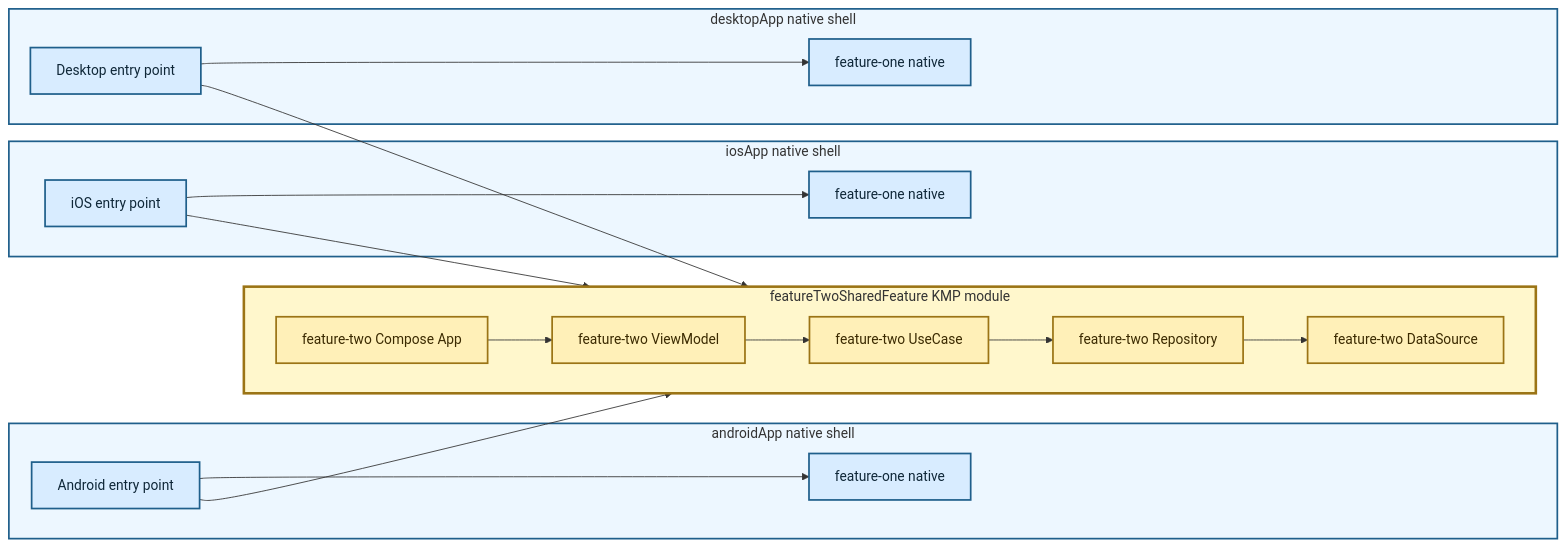
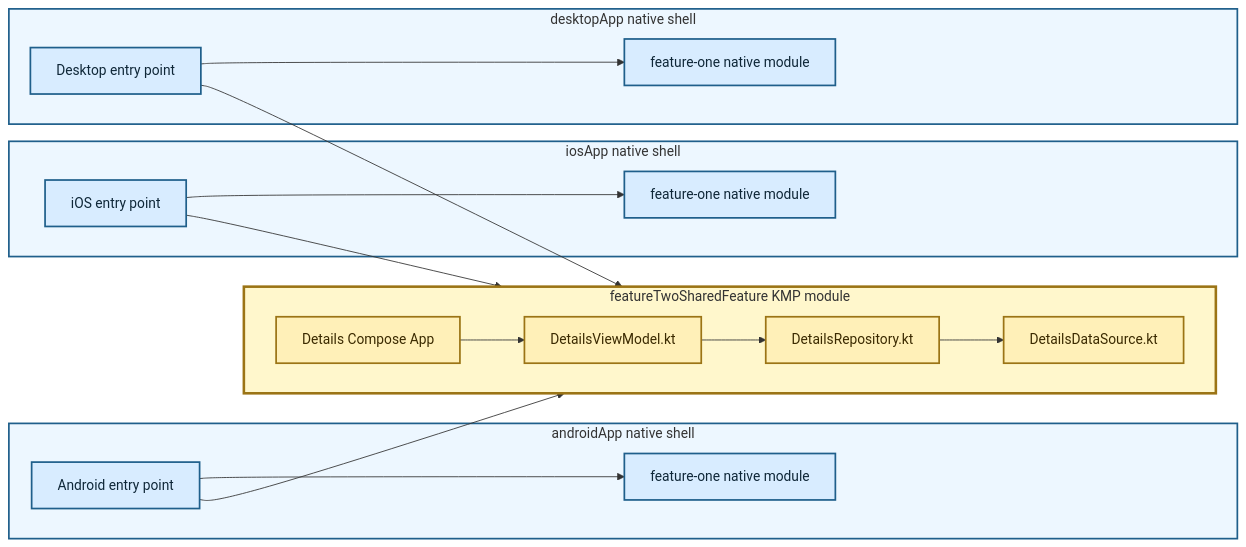
Before and after one commit to TheSetox/kmp-sample-diagrams: the diagram in diagrams/14-modular-kmp-shared-feature.md, drawn with Mermaid. The commit also changed other lines of this file and 28 other files, not shown here.

Commit message:
docs: reassess diagram layer boundaries

````diff
--- a/diagrams/14-modular-kmp-shared-feature.md
+++ b/diagrams/14-modular-kmp-shared-feature.md
@@ -5,43 +5,42 @@
 ```mermaid
 flowchart LR
   subgraph Android["androidApp native shell"]
     AEntry["Android entry point"]
-    AFeatureOne["feature-one native"]
+    AFeatureOne["feature-one native module"]
     AEntry --> AFeatureOne
   end
 
   subgraph IOS["iosApp native shell"]
     IEntry["iOS entry point"]
-    IFeatureOne["feature-one native"]
+    IFeatureOne["feature-one native module"]
     IEntry --> IFeatureOne
   end
 
   subgraph Desktop["desktopApp native shell"]
     DEntry["Desktop entry point"]
-    DFeatureOne["feature-one native"]
+    DFeatureOne["feature-one native module"]
     DEntry --> DFeatureOne
   end
 
   subgraph KMP["featureTwoSharedFeature KMP module"]
     direction LR
-    App["feature-two Compose App"]
-    VM["feature-two ViewModel"]
-    UseCase["feature-two UseCase"]
-    Repository["feature-two Repository"]
-    DataSource["feature-two DataSource"]
-    App --> VM --> UseCase --> Repository --> DataSource
+    App["Details Compose App"]
+    VM["DetailsViewModel.kt"]
+    Repository["DetailsRepository.kt"]
+    DataSource["DetailsDataSource.kt"]
+    App --> VM --> Repository --> DataSource
   end
 
   AEntry --> App
   IEntry --> App
   DEntry --> App
 
   classDef app fill:#d8ecff,stroke:#1f5f8b,color:#0f2738,stroke-width:2px;
   classDef kmp fill:#fff0b8,stroke:#9b7415,color:#3b2a00,stroke-width:2px;
   class AEntry,AFeatureOne,IEntry,IFeatureOne,DEntry,DFeatureOne app;
-  class App,VM,UseCase,Repository,DataSource kmp;
+  class App,VM,Repository,DataSource kmp;
   style Android fill:#edf7ff,stroke:#1f5f8b,stroke-width:2px
   style IOS fill:#edf7ff,stroke:#1f5f8b,stroke-width:2px
   style Desktop fill:#edf7ff,stroke:#1f5f8b,stroke-width:2px
   style KMP fill:#fff7cc,stroke:#9b7415,stroke-width:3px
 ```
````
